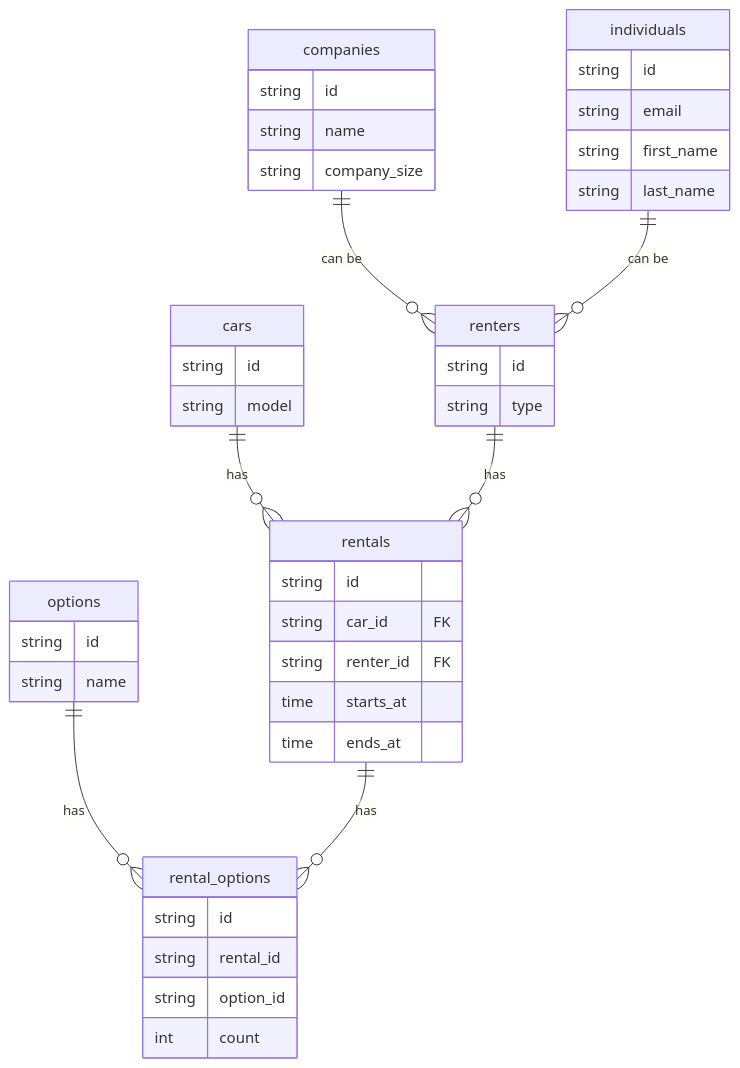
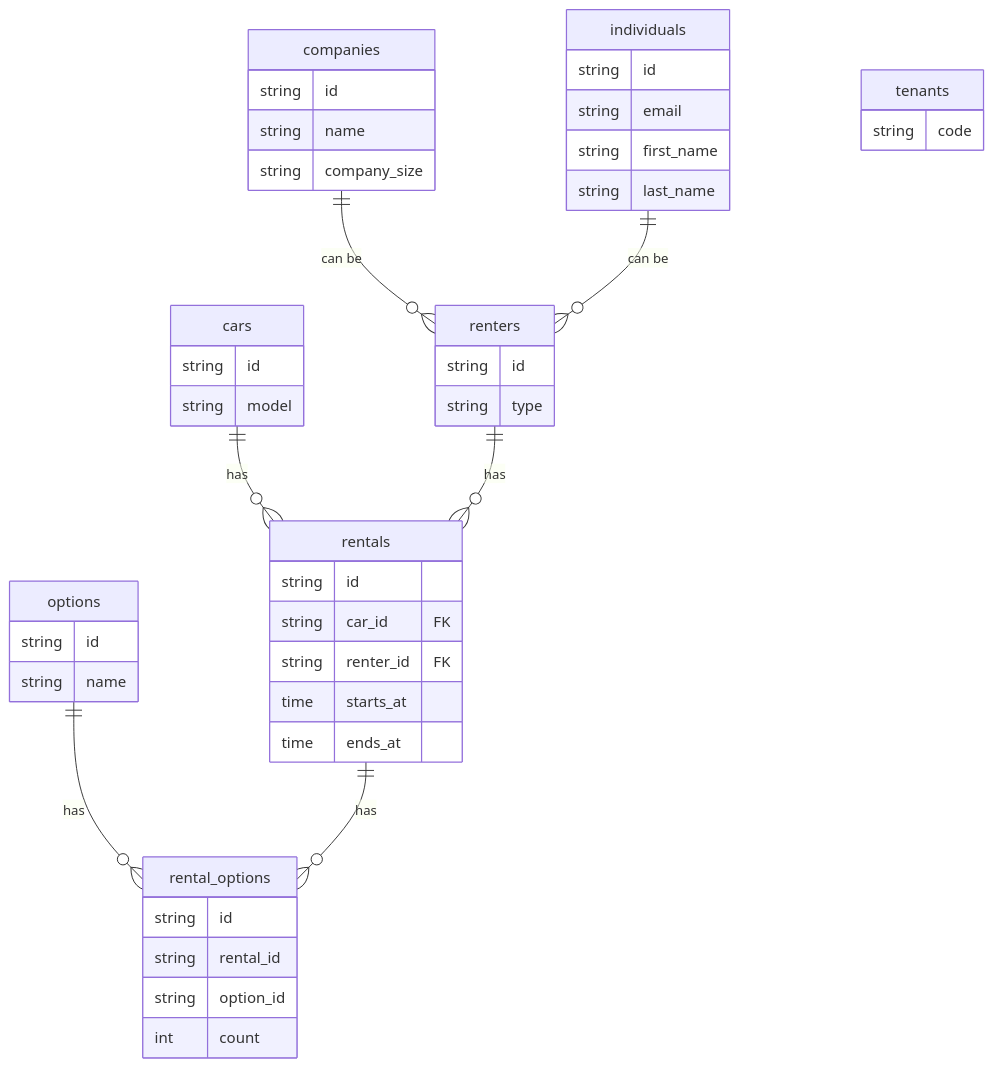
The first of 2 diagrams in docs/er-diagram.md (jp-ryuji/go-arch-patterns), drawn with Mermaid before and after one commit. The commit also changed 2 other files, not shown here.

````diff
--- a/docs/er-diagram.md
+++ b/docs/er-diagram.md
@@ -13,52 +13,56 @@
 ```mermaid
 erDiagram
     companies ||--o{ renters : "can be"
     individuals ||--o{ renters : "can be"
     cars ||--o{ rentals : has
     renters ||--o{ rentals : has
     options ||--o{ rental_options : has
     rentals ||--o{ rental_options : has
+
+    tenants {
+        string code
+    }
 
     companies {
         string id
         string name
         string company_size
     }
 
     individuals {
         string id
         string email
         string first_name
         string last_name
     }
 
     renters {
         string id
         string type
     }
 
     cars {
         string id
         string model
     }
 
     rentals {
         string id
         string car_id "FK"
         string renter_id "FK"
         time starts_at
         time ends_at
     }
 
     options {
         string id
         string name
     }
 
     rental_options {
         string id
         string rental_id
         string option_id
         int count
     }
 ```
````
